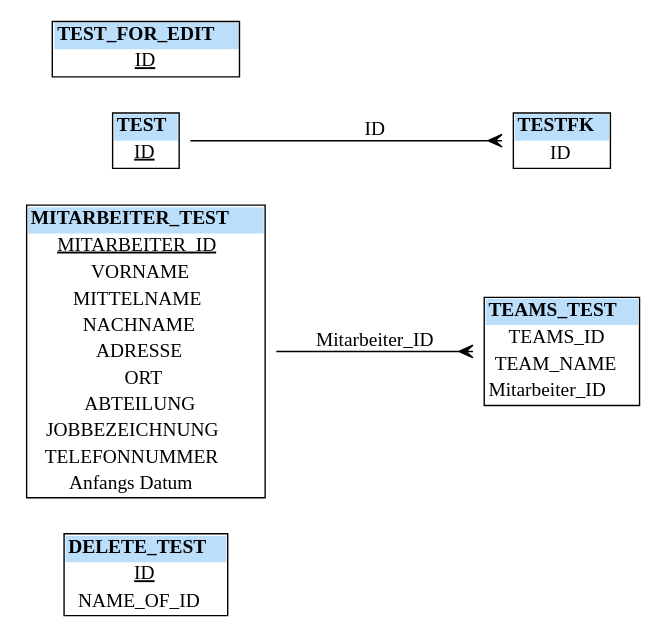
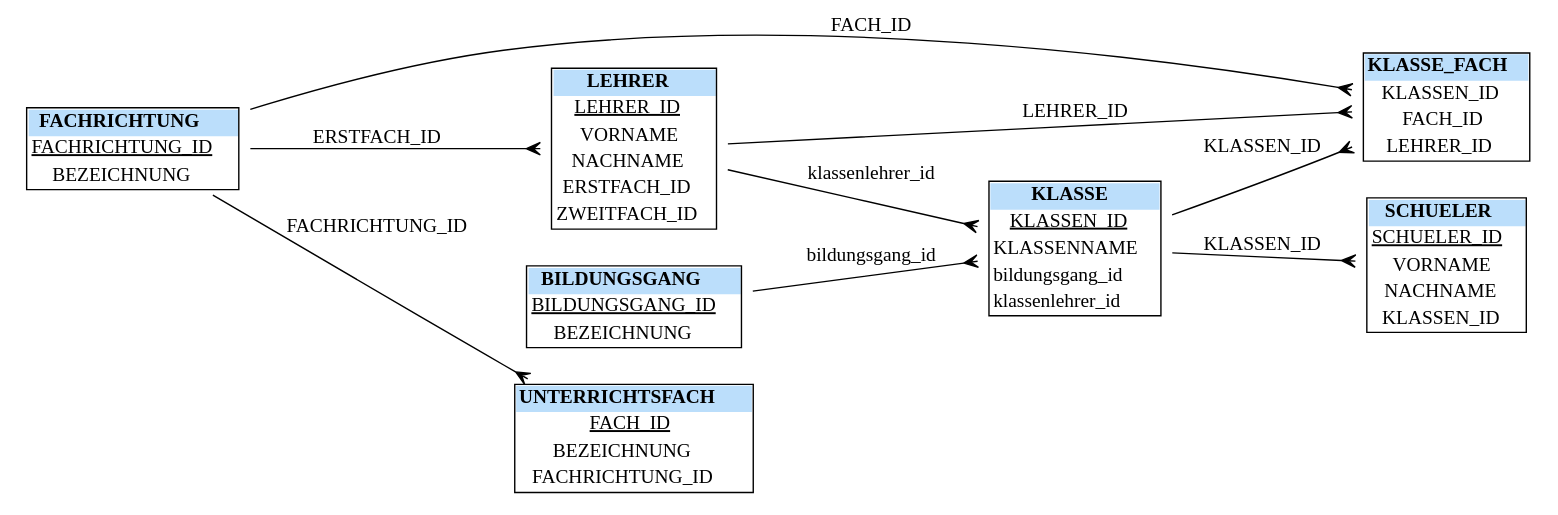
The diagram in er_chen_diagram.dot (Ne1ght/LF8_Schule_datenbank), drawn with Graphviz before and after one commit. The commit also changed 6 other files, not shown here.

```diff
--- a/er_chen_diagram.dot
+++ b/er_chen_diagram.dot
@@ -1,11 +1,18 @@
 digraph ER {
     graph [rankdir=LR];
-    "DELETE_TEST" [shape=none, label=<<table border="1" cellborder="0" cellspacing="0"><tr><td bgcolor="#BBDEFB"><b>DELETE_TEST</b></td></tr><tr><td><u>ID</u></td></tr><tr><td>NAME_OF_ID</td></tr></table>>];
-    "MITARBEITER_TEST" [shape=none, label=<<table border="1" cellborder="0" cellspacing="0"><tr><td bgcolor="#BBDEFB"><b>MITARBEITER_TEST</b></td></tr><tr><td><u>MITARBEITER_ID</u></td></tr><tr><td>VORNAME</td></tr><tr><td>MITTELNAME</td></tr><tr><td>NACHNAME</td></tr><tr><td>ADRESSE</td></tr><tr><td>ORT</td></tr><tr><td>ABTEILUNG</td></tr><tr><td>JOBBEZEICHNUNG</td></tr><tr><td>TELEFONNUMMER</td></tr><tr><td>Anfangs Datum</td></tr></table>>];
-    "TEAMS_TEST" [shape=none, label=<<table border="1" cellborder="0" cellspacing="0"><tr><td bgcolor="#BBDEFB"><b>TEAMS_TEST</b></td></tr><tr><td>TEAMS_ID</td></tr><tr><td>TEAM_NAME</td></tr><tr><td>Mitarbeiter_ID</td></tr></table>>];
-    "TEST" [shape=none, label=<<table border="1" cellborder="0" cellspacing="0"><tr><td bgcolor="#BBDEFB"><b>TEST</b></td></tr><tr><td><u>ID</u></td></tr></table>>];
-    "TESTFK" [shape=none, label=<<table border="1" cellborder="0" cellspacing="0"><tr><td bgcolor="#BBDEFB"><b>TESTFK</b></td></tr><tr><td>ID</td></tr></table>>];
-    "TEST_FOR_EDIT" [shape=none, label=<<table border="1" cellborder="0" cellspacing="0"><tr><td bgcolor="#BBDEFB"><b>TEST_FOR_EDIT</b></td></tr><tr><td><u>ID</u></td></tr></table>>];
-    "MITARBEITER_TEST" -> "TEAMS_TEST" [label="Mitarbeiter_ID", arrowhead=crow, arrowtail=none, dir=both];
-    "TEST" -> "TESTFK" [label="ID", arrowhead=crow, arrowtail=none, dir=both];
+    "BILDUNGSGANG" [shape=none, label=<<table border="1" cellborder="0" cellspacing="0"><tr><td bgcolor="#BBDEFB"><b>BILDUNGSGANG</b></td></tr><tr><td><u>BILDUNGSGANG_ID</u></td></tr><tr><td>BEZEICHNUNG</td></tr></table>>];
+    "FACHRICHTUNG" [shape=none, label=<<table border="1" cellborder="0" cellspacing="0"><tr><td bgcolor="#BBDEFB"><b>FACHRICHTUNG</b></td></tr><tr><td><u>FACHRICHTUNG_ID</u></td></tr><tr><td>BEZEICHNUNG</td></tr></table>>];
+    "KLASSE" [shape=none, label=<<table border="1" cellborder="0" cellspacing="0"><tr><td bgcolor="#BBDEFB"><b>KLASSE</b></td></tr><tr><td><u>KLASSEN_ID</u></td></tr><tr><td>KLASSENNAME</td></tr><tr><td>bildungsgang_id</td></tr><tr><td>klassenlehrer_id</td></tr></table>>];
+    "KLASSE_FACH" [shape=none, label=<<table border="1" cellborder="0" cellspacing="0"><tr><td bgcolor="#BBDEFB"><b>KLASSE_FACH</b></td></tr><tr><td>KLASSEN_ID</td></tr><tr><td>FACH_ID</td></tr><tr><td>LEHRER_ID</td></tr></table>>];
+    "LEHRER" [shape=none, label=<<table border="1" cellborder="0" cellspacing="0"><tr><td bgcolor="#BBDEFB"><b>LEHRER</b></td></tr><tr><td><u>LEHRER_ID</u></td></tr><tr><td>VORNAME</td></tr><tr><td>NACHNAME</td></tr><tr><td>ERSTFACH_ID</td></tr><tr><td>ZWEITFACH_ID</td></tr></table>>];
+    "SCHUELER" [shape=none, label=<<table border="1" cellborder="0" cellspacing="0"><tr><td bgcolor="#BBDEFB"><b>SCHUELER</b></td></tr><tr><td><u>SCHUELER_ID</u></td></tr><tr><td>VORNAME</td></tr><tr><td>NACHNAME</td></tr><tr><td>KLASSEN_ID</td></tr></table>>];
+    "UNTERRICHTSFACH" [shape=none, label=<<table border="1" cellborder="0" cellspacing="0"><tr><td bgcolor="#BBDEFB"><b>UNTERRICHTSFACH</b></td></tr><tr><td><u>FACH_ID</u></td></tr><tr><td>BEZEICHNUNG</td></tr><tr><td>FACHRICHTUNG_ID</td></tr></table>>];
+    "BILDUNGSGANG" -> "KLASSE" [label="bildungsgang_id", arrowhead=crow, arrowtail=none, dir=both];
+    "LEHRER" -> "KLASSE" [label="klassenlehrer_id", arrowhead=crow, arrowtail=none, dir=both];
+    "KLASSE" -> "KLASSE_FACH" [label="KLASSEN_ID", arrowhead=crow, arrowtail=none, dir=both];
+    "FACHRICHTUNG" -> "KLASSE_FACH" [label="FACH_ID", arrowhead=crow, arrowtail=none, dir=both];
+    "LEHRER" -> "KLASSE_FACH" [label="LEHRER_ID", arrowhead=crow, arrowtail=none, dir=both];
+    "FACHRICHTUNG" -> "LEHRER" [label="ERSTFACH_ID", arrowhead=crow, arrowtail=none, dir=both];
+    "KLASSE" -> "SCHUELER" [label="KLASSEN_ID", arrowhead=crow, arrowtail=none, dir=both];
+    "FACHRICHTUNG" -> "UNTERRICHTSFACH" [label="FACHRICHTUNG_ID", arrowhead=crow, arrowtail=none, dir=both];
 }
```
